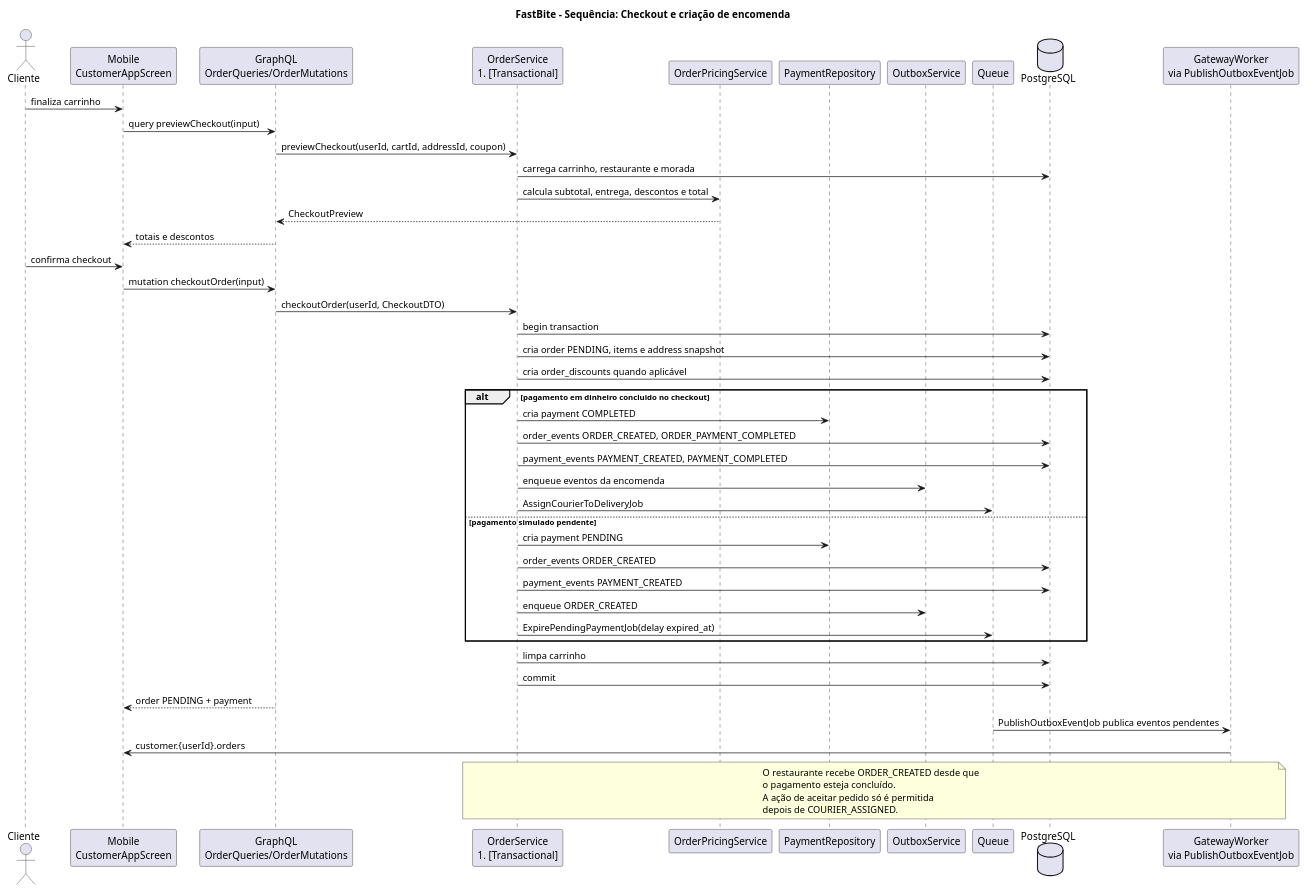
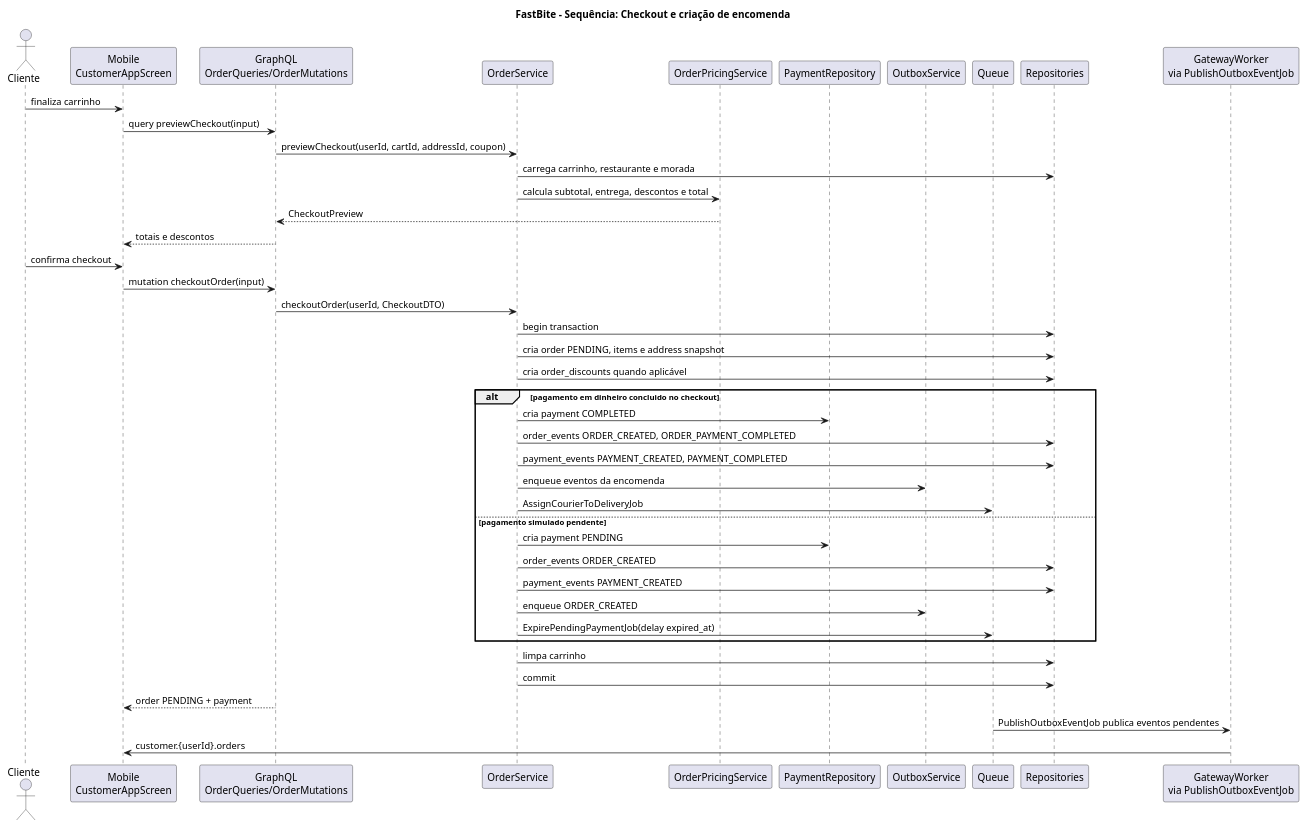
One commit to DuarteMSousa/FastBite changed the diagram in Documentacao/docs novas/03a_sequencia_checkout.puml. Above: the diagram before and after it, drawn with PlantUML.

```diff
--- a/Documentacao/docs novas/03a_sequencia_checkout.puml
+++ b/Documentacao/docs novas/03a_sequencia_checkout.puml
@@ -1,59 +1,52 @@
 @startuml FastBite_Seq_Checkout
 title FastBite - Sequência: Checkout e criação de encomenda
 
 skinparam shadowing false
 actor Cliente
 participant "Mobile\nCustomerAppScreen" as Mobile
 participant "GraphQL\nOrderQueries/OrderMutations" as GQL
-participant "OrderService\n#[Transactional]" as OrderSvc
+participant "OrderService" as OrderSvc
 participant "OrderPricingService" as Pricing
 participant "PaymentRepository" as PayRepo
 participant "OutboxService" as Outbox
 participant "Queue" as Queue
-database "PostgreSQL" as DB
+participant "Repositories" as Repos
 participant "GatewayWorker\nvia PublishOutboxEventJob" as GW
 
 Cliente -> Mobile: finaliza carrinho
 Mobile -> GQL: query previewCheckout(input)
 GQL -> OrderSvc: previewCheckout(userId, cartId, addressId, coupon)
-OrderSvc -> DB: carrega carrinho, restaurante e morada
+OrderSvc -> Repos: carrega carrinho, restaurante e morada
 OrderSvc -> Pricing: calcula subtotal, entrega, descontos e total
 Pricing --> GQL: CheckoutPreview
 GQL --> Mobile: totais e descontos
 
 Cliente -> Mobile: confirma checkout
 Mobile -> GQL: mutation checkoutOrder(input)
 GQL -> OrderSvc: checkoutOrder(userId, CheckoutDTO)
-OrderSvc -> DB: begin transaction
-OrderSvc -> DB: cria order PENDING, items e address snapshot
-OrderSvc -> DB: cria order_discounts quando aplicável
+OrderSvc -> Repos: begin transaction
+OrderSvc -> Repos: cria order PENDING, items e address snapshot
+OrderSvc -> Repos: cria order_discounts quando aplicável
 
 alt pagamento em dinheiro concluido no checkout
   OrderSvc -> PayRepo: cria payment COMPLETED
-  OrderSvc -> DB: order_events ORDER_CREATED, ORDER_PAYMENT_COMPLETED
-  OrderSvc -> DB: payment_events PAYMENT_CREATED, PAYMENT_COMPLETED
+  OrderSvc -> Repos: order_events ORDER_CREATED, ORDER_PAYMENT_COMPLETED
+  OrderSvc -> Repos: payment_events PAYMENT_CREATED, PAYMENT_COMPLETED
   OrderSvc -> Outbox: enqueue eventos da encomenda
   OrderSvc -> Queue: AssignCourierToDeliveryJob
 else pagamento simulado pendente
   OrderSvc -> PayRepo: cria payment PENDING
-  OrderSvc -> DB: order_events ORDER_CREATED
-  OrderSvc -> DB: payment_events PAYMENT_CREATED
+  OrderSvc -> Repos: order_events ORDER_CREATED
+  OrderSvc -> Repos: payment_events PAYMENT_CREATED
   OrderSvc -> Outbox: enqueue ORDER_CREATED
   OrderSvc -> Queue: ExpirePendingPaymentJob(delay expired_at)
 end
 
-OrderSvc -> DB: limpa carrinho
-OrderSvc -> DB: commit
+OrderSvc -> Repos: limpa carrinho
+OrderSvc -> Repos: commit
 GQL --> Mobile: order PENDING + payment
 
 Queue -> GW: PublishOutboxEventJob publica eventos pendentes
 GW -> Mobile: customer.{userId}.orders
 
-note over OrderSvc, GW
-  O restaurante recebe ORDER_CREATED desde que
-  o pagamento esteja concluído.
-  A ação de aceitar pedido só é permitida
-  depois de COURIER_ASSIGNED.
-end note
-
 @enduml
```
